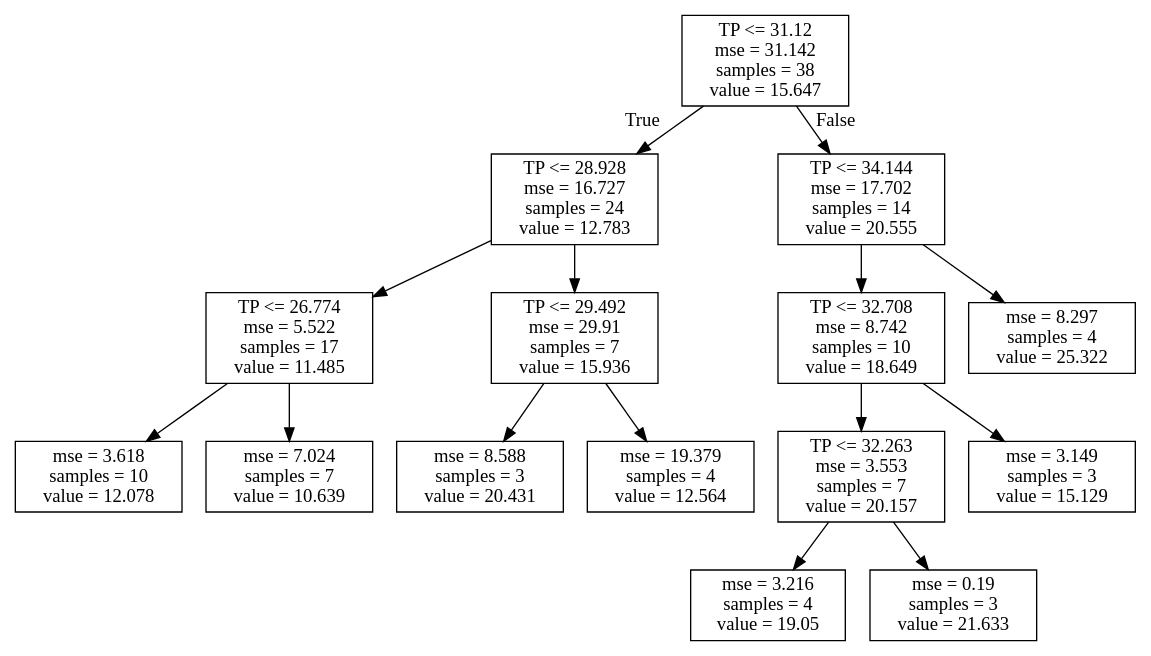
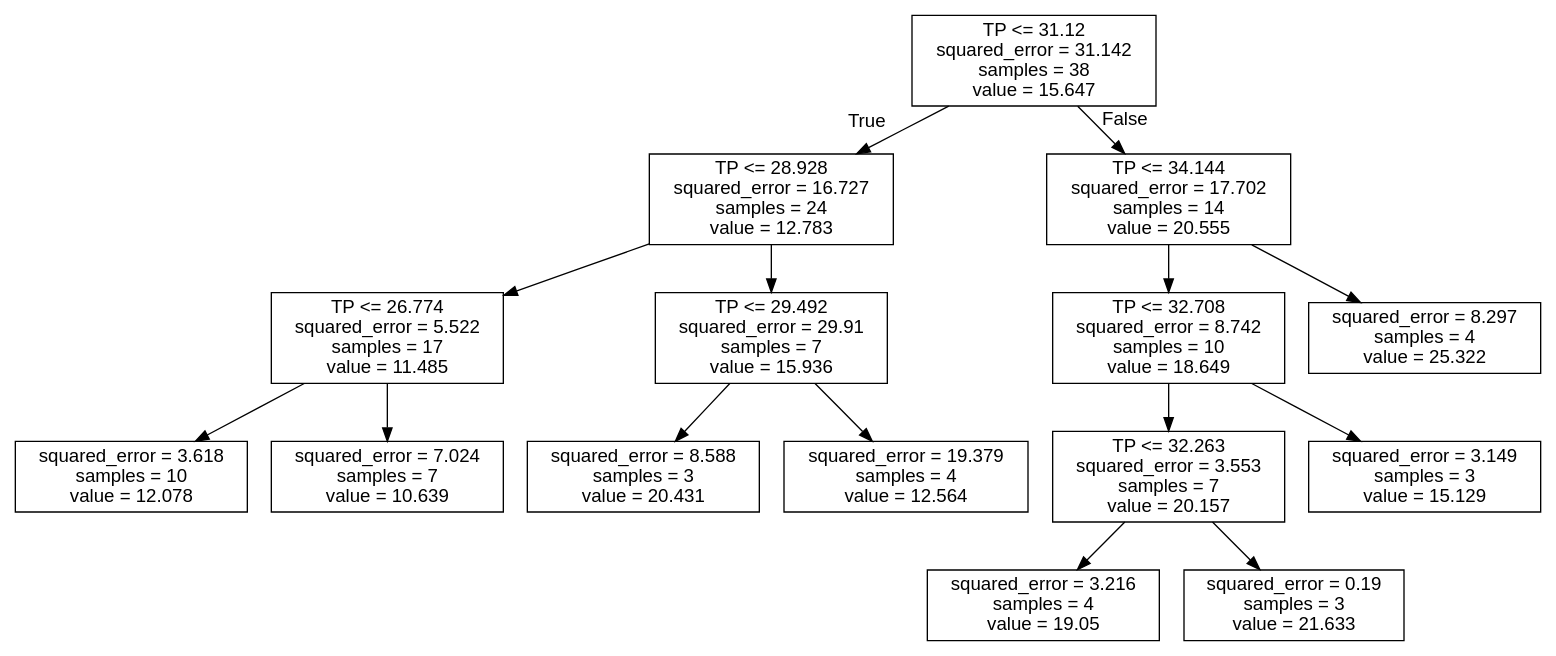
The diagram in Norway_Morsa/BayesianNetwork/Figures/Discretization_regTrees/Pairwise/DotFiles/metno_6Mseasons_chla-TP.dot (NIVANorge/seasonal_forecasting_watexr), drawn with Graphviz before and after one commit. The commit also changed 113 other files, not shown here.

```diff
--- a/Norway_Morsa/BayesianNetwork/Figures/Discretization_regTrees/Pairwise/DotFiles/metno_6Mseasons_chla-TP.dot
+++ b/Norway_Morsa/BayesianNetwork/Figures/Discretization_regTrees/Pairwise/DotFiles/metno_6Mseasons_chla-TP.dot
@@ -1,32 +1,33 @@
 digraph Tree {
-node [shape=box] ;
-0 [label="TP <= 31.12\nmse = 31.142\nsamples = 38\nvalue = 15.647"] ;
-1 [label="TP <= 28.928\nmse = 16.727\nsamples = 24\nvalue = 12.783"] ;
+node [shape=box, fontname="helvetica"] ;
+edge [fontname="helvetica"] ;
+0 [label="TP <= 31.12\nsquared_error = 31.142\nsamples = 38\nvalue = 15.647"] ;
+1 [label="TP <= 28.928\nsquared_error = 16.727\nsamples = 24\nvalue = 12.783"] ;
 0 -> 1 [labeldistance=2.5, labelangle=45, headlabel="True"] ;
-5 [label="TP <= 26.774\nmse = 5.522\nsamples = 17\nvalue = 11.485"] ;
+5 [label="TP <= 26.774\nsquared_error = 5.522\nsamples = 17\nvalue = 11.485"] ;
 1 -> 5 ;
-13 [label="mse = 3.618\nsamples = 10\nvalue = 12.078"] ;
+13 [label="squared_error = 3.618\nsamples = 10\nvalue = 12.078"] ;
 5 -> 13 ;
-14 [label="mse = 7.024\nsamples = 7\nvalue = 10.639"] ;
+14 [label="squared_error = 7.024\nsamples = 7\nvalue = 10.639"] ;
 5 -> 14 ;
-6 [label="TP <= 29.492\nmse = 29.91\nsamples = 7\nvalue = 15.936"] ;
+6 [label="TP <= 29.492\nsquared_error = 29.91\nsamples = 7\nvalue = 15.936"] ;
 1 -> 6 ;
-7 [label="mse = 8.588\nsamples = 3\nvalue = 20.431"] ;
+7 [label="squared_error = 8.588\nsamples = 3\nvalue = 20.431"] ;
 6 -> 7 ;
-8 [label="mse = 19.379\nsamples = 4\nvalue = 12.564"] ;
+8 [label="squared_error = 19.379\nsamples = 4\nvalue = 12.564"] ;
 6 -> 8 ;
-2 [label="TP <= 34.144\nmse = 17.702\nsamples = 14\nvalue = 20.555"] ;
+2 [label="TP <= 34.144\nsquared_error = 17.702\nsamples = 14\nvalue = 20.555"] ;
 0 -> 2 [labeldistance=2.5, labelangle=-45, headlabel="False"] ;
-3 [label="TP <= 32.708\nmse = 8.742\nsamples = 10\nvalue = 18.649"] ;
+3 [label="TP <= 32.708\nsquared_error = 8.742\nsamples = 10\nvalue = 18.649"] ;
 2 -> 3 ;
-9 [label="TP <= 32.263\nmse = 3.553\nsamples = 7\nvalue = 20.157"] ;
+9 [label="TP <= 32.263\nsquared_error = 3.553\nsamples = 7\nvalue = 20.157"] ;
 3 -> 9 ;
-11 [label="mse = 3.216\nsamples = 4\nvalue = 19.05"] ;
+11 [label="squared_error = 3.216\nsamples = 4\nvalue = 19.05"] ;
 9 -> 11 ;
-12 [label="mse = 0.19\nsamples = 3\nvalue = 21.633"] ;
+12 [label="squared_error = 0.19\nsamples = 3\nvalue = 21.633"] ;
 9 -> 12 ;
-10 [label="mse = 3.149\nsamples = 3\nvalue = 15.129"] ;
+10 [label="squared_error = 3.149\nsamples = 3\nvalue = 15.129"] ;
 3 -> 10 ;
-4 [label="mse = 8.297\nsamples = 4\nvalue = 25.322"] ;
+4 [label="squared_error = 8.297\nsamples = 4\nvalue = 25.322"] ;
 2 -> 4 ;
 }
```
